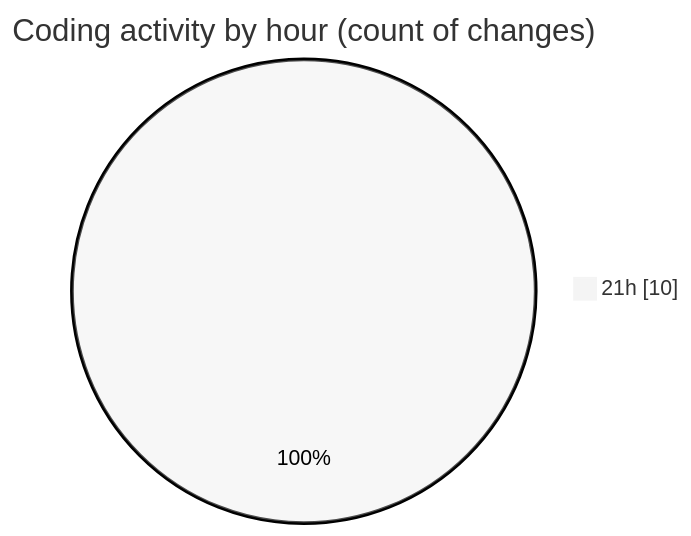
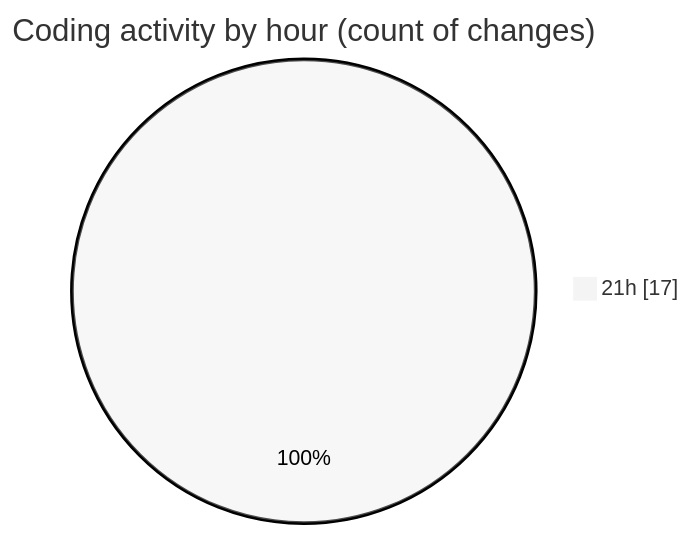
One commit to Netris89/code-tracking changed the second of 2 diagrams in 2025-03-26/echo/README.md. Above: the diagram before and after it, drawn with Mermaid (neutral theme). The commit also changed other lines of this file and 1 other file, not shown here.

````diff
--- a/2025-03-26/echo/README.md
+++ b/2025-03-26/echo/README.md
@@ -34,5 +34,5 @@
 ```mermaid
 pie showData
 title Coding activity by hour (count of changes)
-"21h" : 10
+"21h" : 17
 ```
````
